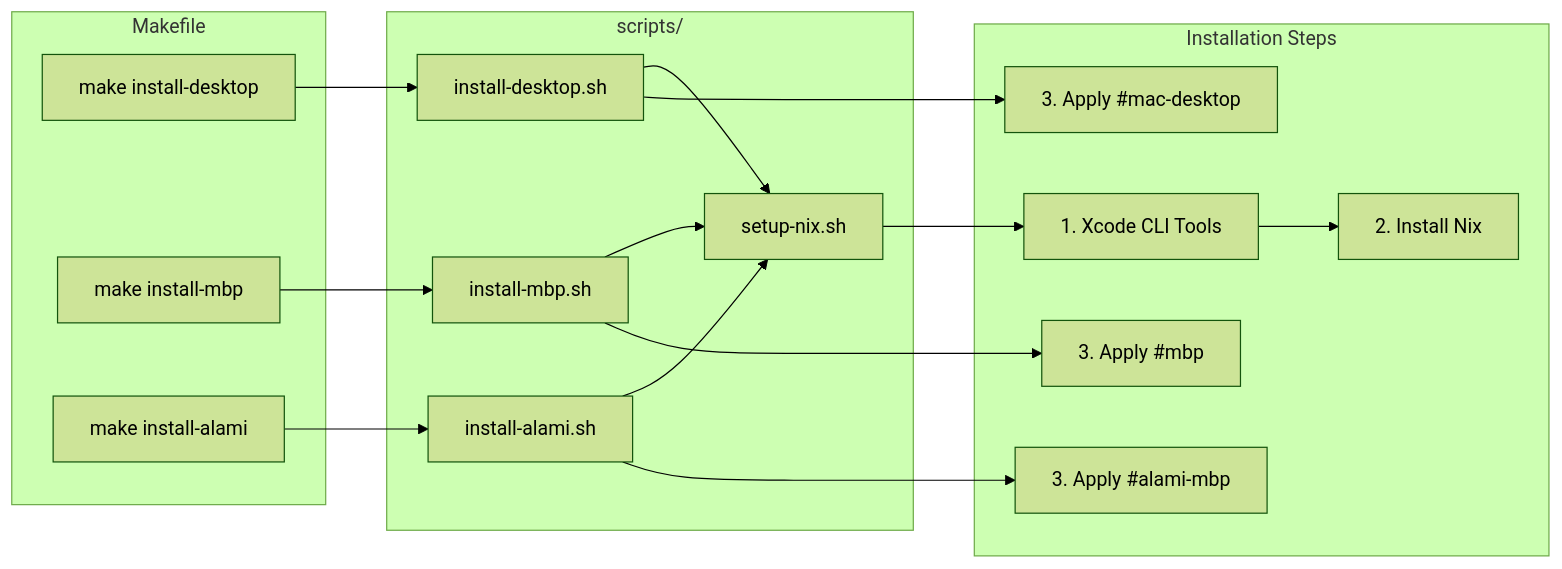
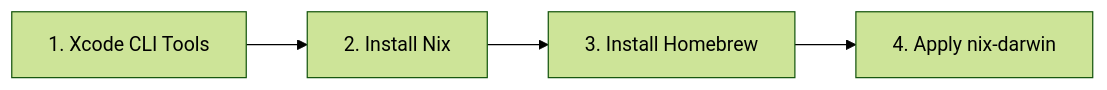
Before and after one commit to milhamh95/nix-config: the sixth of 6 diagrams in README.md, drawn with Mermaid (forest theme). The commit also changed other lines of this file and 103 other files, not shown here.

First line of the commit message:
feat: restructure nix config with profiles and layered architecture

````diff
--- a/README.md
+++ b/README.md
@@ -151,34 +291,4 @@
 ```mermaid
 flowchart LR
-    subgraph Make["Makefile"]
-        make_d["make install-desktop"]
-        make_m["make install-mbp"]
-        make_a["make install-alami"]
-    end
-
-    subgraph Scripts["scripts/"]
-        setup["setup-nix.sh"]
-        inst_d["install-desktop.sh"]
-        inst_m["install-mbp.sh"]
-        inst_a["install-alami.sh"]
-    end
-
-    subgraph Steps["Installation Steps"]
-        s1["1. Xcode CLI Tools"]
-        s2["2. Install Nix"]
-        s3d["3. Apply #mac-desktop"]
-        s3m["3. Apply #mbp"]
-        s3a["3. Apply #alami-mbp"]
-    end
-
-    make_d --> inst_d
-    make_m --> inst_m
-    make_a --> inst_a
-    inst_d --> setup
-    inst_m --> setup
-    inst_a --> setup
-    setup --> s1 --> s2
-    inst_d --> s3d
-    inst_m --> s3m
-    inst_a --> s3a
+    s1["1. Xcode CLI Tools"] --> s2["2. Install Nix"] --> s3["3. Install Homebrew"] --> s4["4. Apply nix-darwin"]
 ```
````
